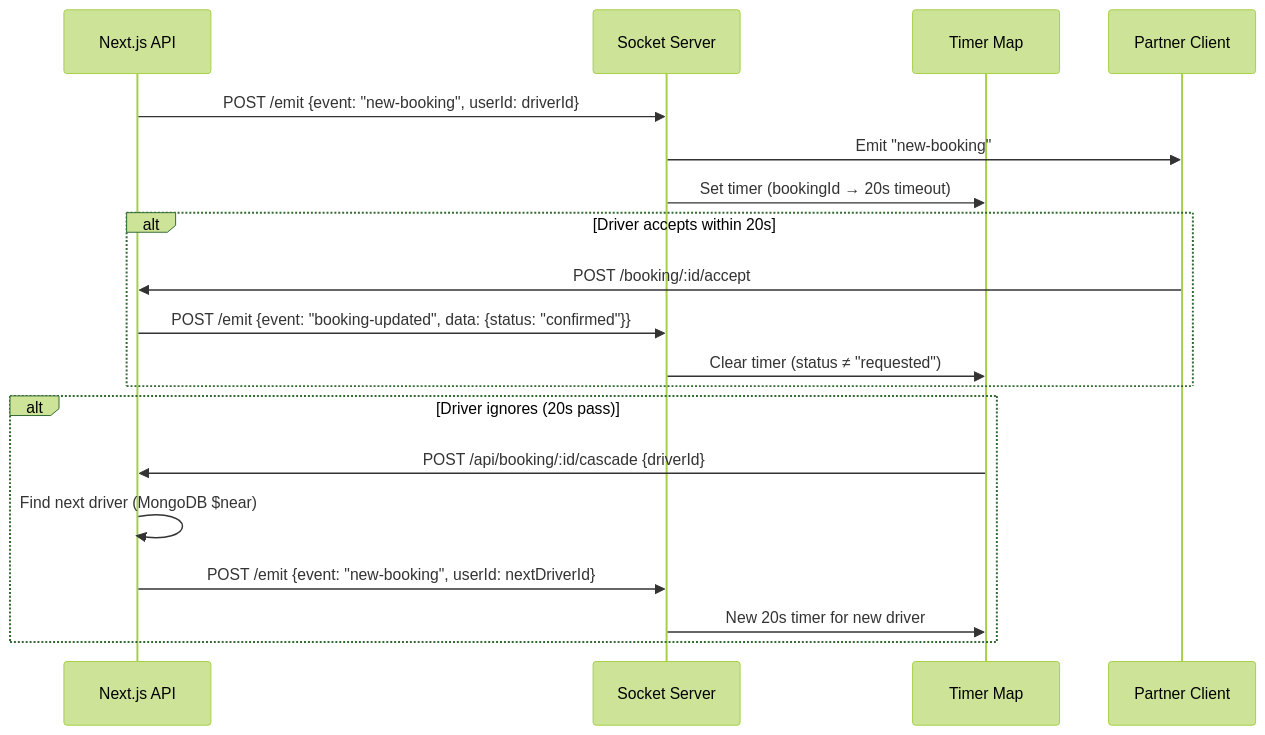
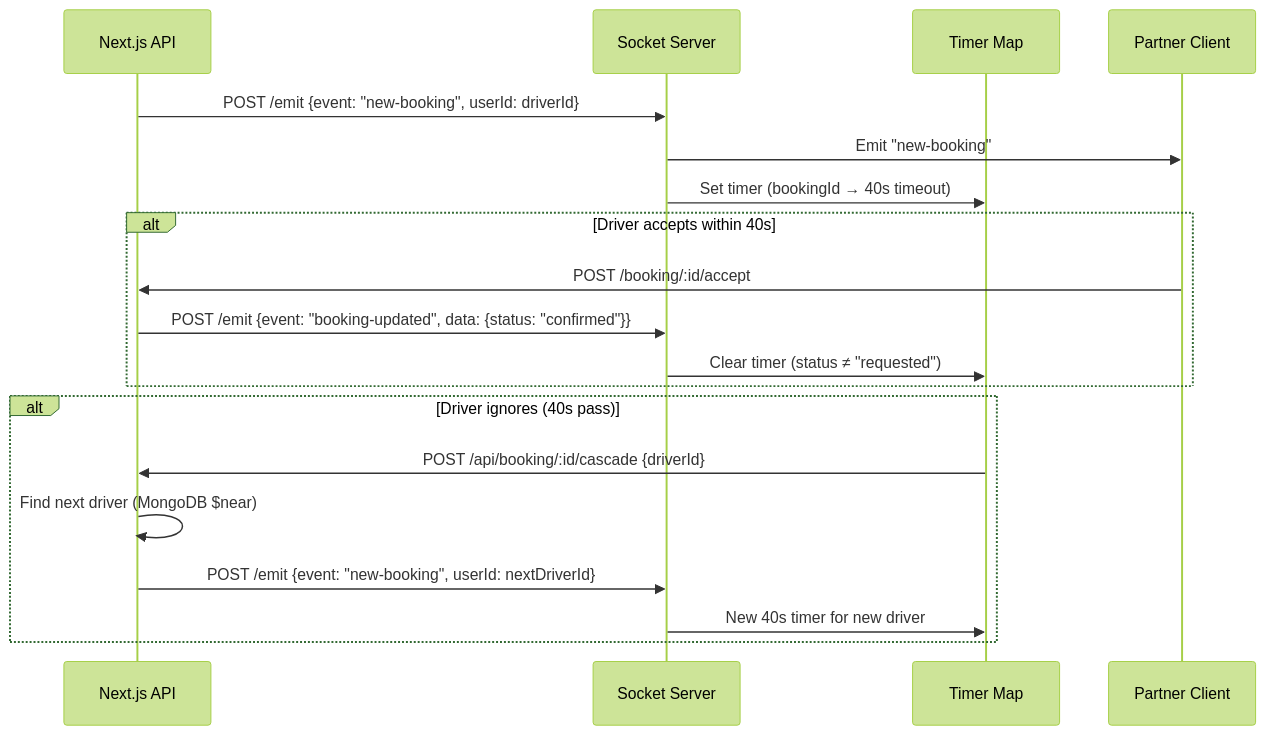
One commit to Zuhaib-dev/rydex changed the second of 2 diagrams in socketServer/README.md. Above: the diagram before and after it, drawn with Mermaid (forest theme). The commit also changed other lines of this file and 2 other files, not shown here.

````diff
--- a/socketServer/README.md
+++ b/socketServer/README.md
@@ -247,24 +249,24 @@
 ```mermaid
 sequenceDiagram
     participant API as Next.js API
     participant SS as Socket Server
     participant TM as Timer Map
     participant P as Partner Client
 
     API->>SS: POST /emit {event: "new-booking", userId: driverId}
     SS->>P: Emit "new-booking"
-    SS->>TM: Set timer (bookingId → 20s timeout)
+    SS->>TM: Set timer (bookingId → 40s timeout)
 
-    alt Driver accepts within 20s
+    alt Driver accepts within 40s
         P->>API: POST /booking/:id/accept
         API->>SS: POST /emit {event: "booking-updated", data: {status: "confirmed"}}
         SS->>TM: Clear timer (status ≠ "requested")
     end
 
-    alt Driver ignores (20s pass)
+    alt Driver ignores (40s pass)
         TM->>API: POST /api/booking/:id/cascade {driverId}
         API->>API: Find next driver (MongoDB $near)
         API->>SS: POST /emit {event: "new-booking", userId: nextDriverId}
-        SS->>TM: New 20s timer for new driver
+        SS->>TM: New 40s timer for new driver
     end
 ```
````
